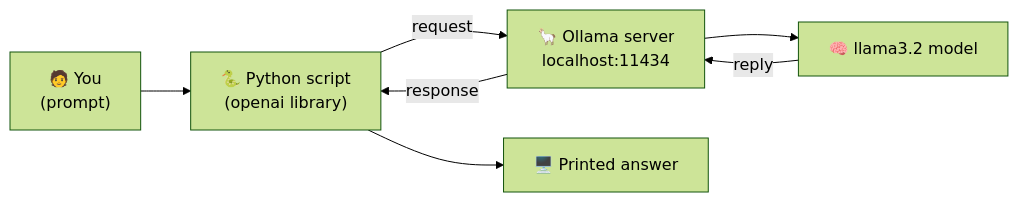
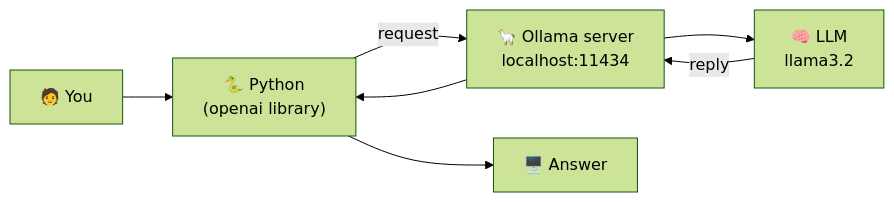
One commit to Adityaguptawebdev/Learning_AI changed the second of 5 diagrams in 01_chat_with_local_ai/README.md. Above: the diagram before and after it, drawn with Mermaid (forest theme). The commit also changed other lines of this file and 19 other files, not shown here.

First line of the commit message:
Add full AI roadmap (chapters 02-17), step 4 memory, concept notes

````diff
--- a/01_chat_with_local_ai/README.md
+++ b/01_chat_with_local_ai/README.md
@@ -3,9 +39,7 @@
 ```mermaid
 flowchart LR
-    A["🧑 You<br/>(prompt)"] --> B["🐍 Python script<br/>(openai library)"]
+    A["🧑 You"] --> B["🐍 Python<br/>(openai library)"]
     B -- request --> C["🦙 Ollama server<br/>localhost:11434"]
-    C --> D["🧠 llama3.2 model"]
-    D -- reply --> C
-    C -- response --> B
-    B --> E["🖥️ Printed answer"]
+    C --> D["🧠 LLM<br/>llama3.2"]
+    D -- reply --> C --> B --> E["🖥️ Answer"]
 ```
````
